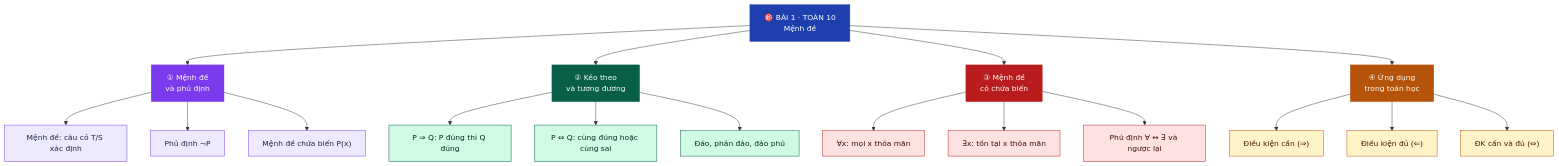
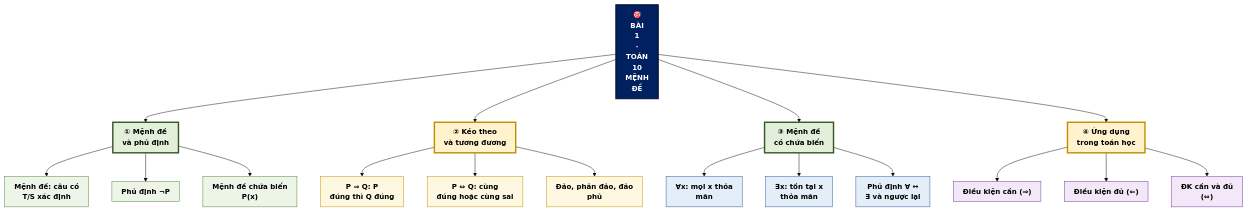
The fifth of 30 diagrams in README.md (Trangtu66/Taode_thi_online), drawn with Mermaid before and after one commit. The commit also changed other lines of this file and 299 other files, not shown here.

````diff
--- a/README.md
+++ b/README.md
@@ -170,34 +198,37 @@
 ```mermaid
+%%{init: {"theme": "base", "htmlLabels": true, "flowchart": {"htmlLabels": true, "padding": 10, "curve": "basis"}, "themeVariables": {"fontSize": "15px"}}}%%
 graph TD
-    G["🎯 BÀI 1 · TOÁN 10<br/>Mệnh đề"]:::root
+    G["🎯<BR/>BÀI<BR/>1<BR/>·<BR/>TOÁN<BR/>10<BR/>MỆNH<BR/>ĐỀ"]:::root
     G --> A["① Mệnh đề<br/>và phủ định"]:::n1
     G --> B["② Kéo theo<br/>và tương đương"]:::n2
     G --> C["③ Mệnh đề<br/>có chứa biến"]:::n3
     G --> D["④ Ứng dụng<br/>trong toán học"]:::n4
 
-    A --> A1["Mệnh đề: câu có T/S xác định"]:::l1
+    A --> A1["Mệnh đề: câu có<br/>T/S xác định"]:::l1
     A --> A2["Phủ định ¬P"]:::l1
-    A --> A3["Mệnh đề chứa biến P(x)"]:::l1
+    A --> A3["Mệnh đề chứa biến<br/>P(x)"]:::l1
 
-    B --> B1["P ⇒ Q: P đúng thì Q đúng"]:::l2
-    B --> B2["P ⇔ Q: cùng đúng hoặc cùng sai"]:::l2
-    B --> B3["Đảo, phản đảo, đảo phủ"]:::l2
+    B --> B1["P ⇒ Q: P<br/>đúng thì Q đúng"]:::l2
+    B --> B2["P ⇔ Q: cùng<br/>đúng hoặc cùng sai"]:::l2
+    B --> B3["Đảo, phản đảo, đảo<br/>phủ"]:::l2
 
-    C --> C1["∀x: mọi x thỏa mãn"]:::l3
-    C --> C2["∃x: tồn tại x thỏa mãn"]:::l3
-    C --> C3["Phủ định ∀ ↔ ∃ và ngược lại"]:::l3
+    C --> C1["∀x: mọi x thỏa<br/>mãn"]:::l3
+    C --> C2["∃x: tồn tại x<br/>thỏa mãn"]:::l3
+    C --> C3["Phủ định ∀ ↔<br/>∃ và ngược lại"]:::l3
 
     D --> D1["Điều kiện cần (⇒)"]:::l4
     D --> D2["Điều kiện đủ (⇐)"]:::l4
-    D --> D3["ĐK cần và đủ (⇔)"]:::l4
+    D --> D3["ĐK cần và đủ<br/>(⇔)"]:::l4
 
-    classDef root fill:#1E40AF,color:#fff,stroke:#1E40AF
-    classDef n1 fill:#7C3AED,color:#fff,stroke:#7C3AED
-    classDef n2 fill:#065F46,color:#fff,stroke:#065F46
-    classDef n3 fill:#B91C1C,color:#fff,stroke:#B91C1C
-    classDef n4 fill:#B45309,color:#fff,stroke:#B45309
-    classDef l1 fill:#EDE9FE,color:#1E293B,stroke:#7C3AED
-    classDef l2 fill:#D1FAE5,color:#022c22,stroke:#065F46
-    classDef l3 fill:#FEE2E2,color:#450a0a,stroke:#B91C1C
-    classDef l4 fill:#FEF3C7,color:#451a03,stroke:#B45309
+    classDef root fill:#002060,color:#FFFFFF,stroke:#000B1E,stroke-width:2px,font-weight:bold
+    classDef n1 fill:#E2EFDA,color:#000000,stroke:#375623,stroke-width:3px,font-weight:bold
+    classDef n2 fill:#FFF2CC,color:#000000,stroke:#BF8F00,stroke-width:3px,font-weight:bold
+    classDef n3 fill:#E2EFDA,color:#000000,stroke:#375623,stroke-width:3px,font-weight:bold
+    classDef n4 fill:#FFF2CC,color:#000000,stroke:#BF8F00,stroke-width:3px,font-weight:bold
+    classDef n5 fill:#E2EFDA,color:#000000,stroke:#375623,stroke-width:3px,font-weight:bold
+    classDef l1 fill:#EDF5E8,color:#000000,stroke:#548235
+    classDef l2 fill:#FFF8E1,color:#000000,stroke:#BF8F00
+    classDef l3 fill:#E3EEF9,color:#000000,stroke:#2F5597
+    classDef l4 fill:#F3E8F7,color:#000000,stroke:#7030A0
+    classDef l5 fill:#FDE9E1,color:#000000,stroke:#C55A11
 ```
````
